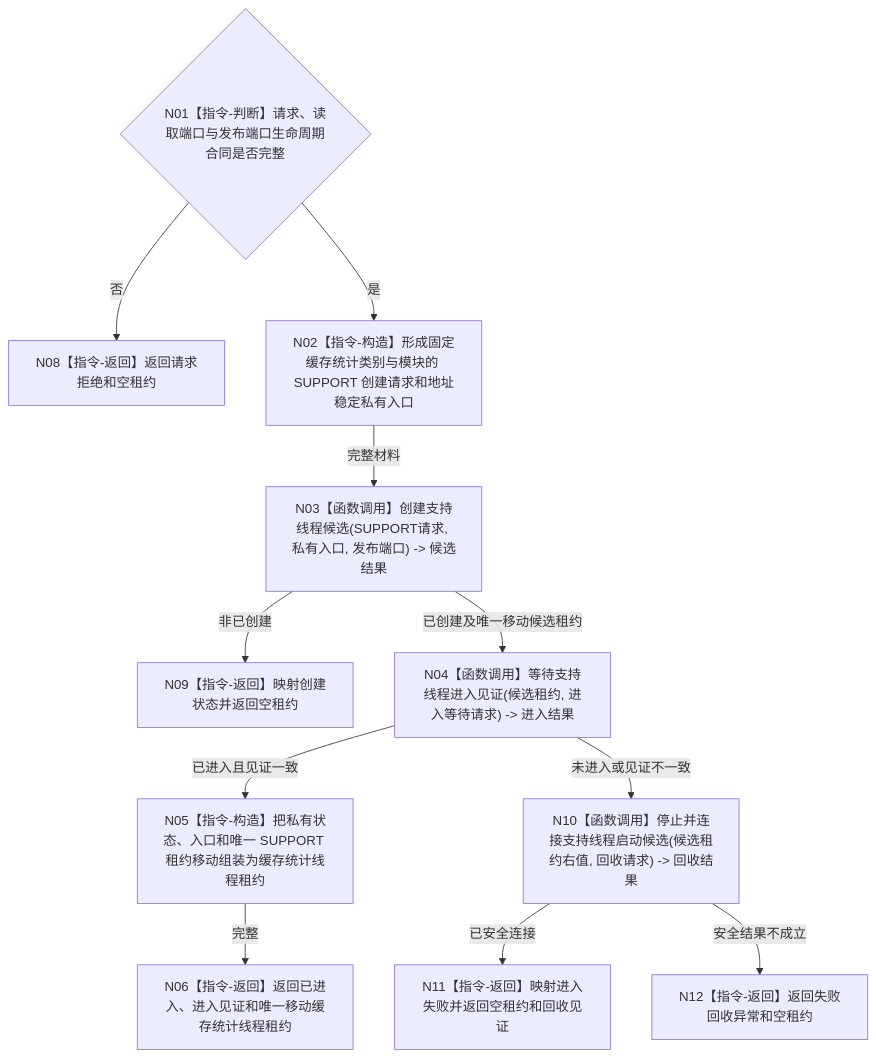
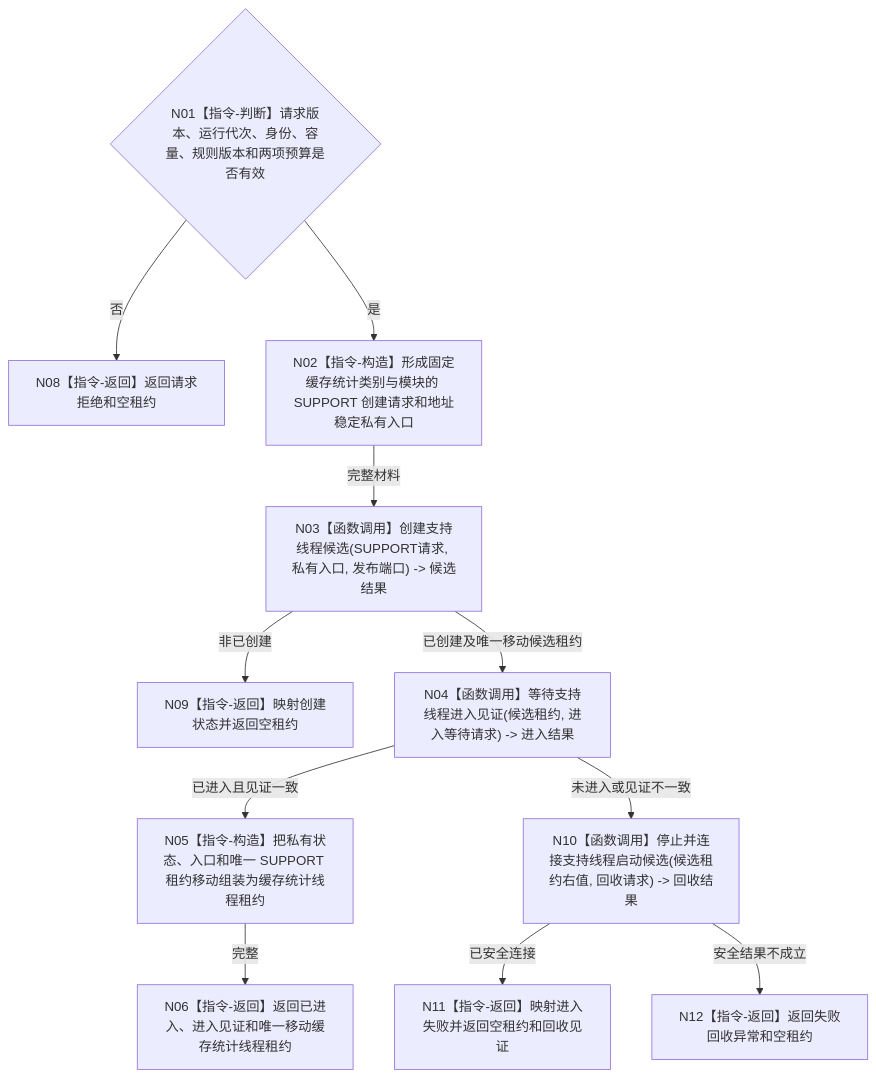
The diagram in 流程图/目标业务流程图/L3/BIZ-L3-001-04-02_启动缓存统计线程_目标函数流程图_v0.2.md (chunhaizh-cyber/HY-Ego), drawn with Mermaid before and after one commit. The commit also changed other lines of this file and 6 other files, not shown here.

````diff
--- a/流程图/目标业务流程图/L3/BIZ-L3-001-04-02_启动缓存统计线程_目标函数流程图_v0.2.md
+++ b/流程图/目标业务流程图/L3/BIZ-L3-001-04-02_启动缓存统计线程_目标函数流程图_v0.2.md
@@ -32,13 +33,13 @@
 ```mermaid
 flowchart TD
-    N01{"N01【指令-判断】请求、读取端口与发布端口生命周期合同是否完整"} -->|否| N08["N08【指令-返回】返回请求拒绝和空租约"]
+    N01{"N01【指令-判断】请求版本、运行代次、身份、容量、规则版本和两项预算是否有效"} -->|否| N08["N08【指令-返回】返回请求拒绝和空租约"]
     N01 -->|是| N02["N02【指令-构造】形成固定缓存统计类别与模块的 SUPPORT 创建请求和地址稳定私有入口"]
     N02 -->|完整材料| N03["N03【函数调用】创建支持线程候选(SUPPORT请求, 私有入口, 发布端口) -> 候选结果"]
     N03 -->|非已创建| N09["N09【指令-返回】映射创建状态并返回空租约"]
     N03 -->|已创建及唯一移动候选租约| N04["N04【函数调用】等待支持线程进入见证(候选租约, 进入等待请求) -> 进入结果"]
     N04 -->|已进入且见证一致| N05["N05【指令-构造】把私有状态、入口和唯一 SUPPORT 租约移动组装为缓存统计线程租约"]
     N05 -->|完整| N06["N06【指令-返回】返回已进入、进入见证和唯一移动缓存统计线程租约"]
     N04 -->|未进入或见证不一致| N10["N10【函数调用】停止并连接支持线程启动候选(候选租约右值, 回收请求) -> 回收结果"]
     N10 -->|已安全连接| N11["N11【指令-返回】映射进入失败并返回空租约和回收见证"]
     N10 -->|安全结果不成立| N12["N12【指令-返回】返回失败回收异常和空租约"]
 ```
````
